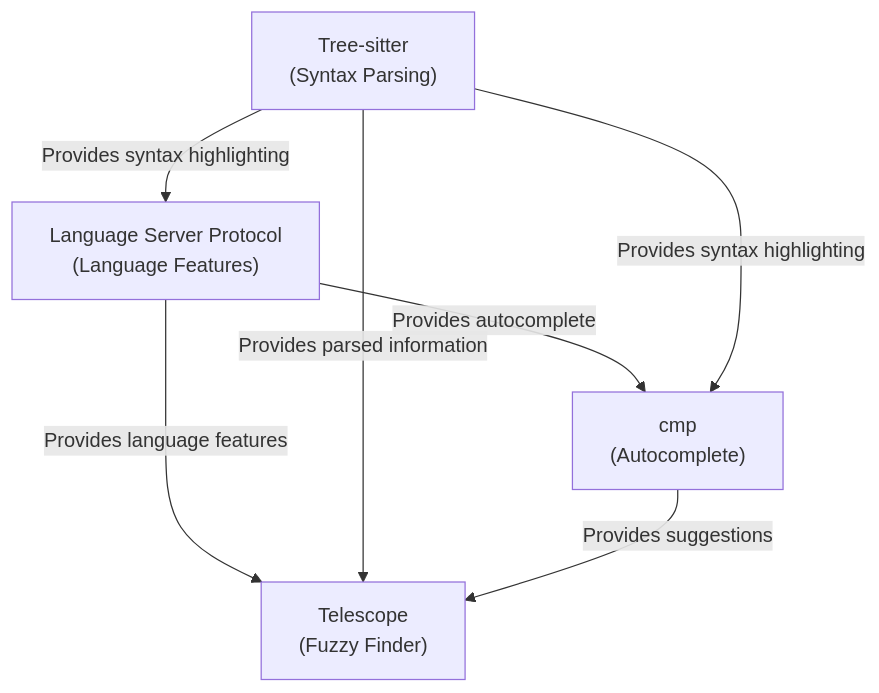
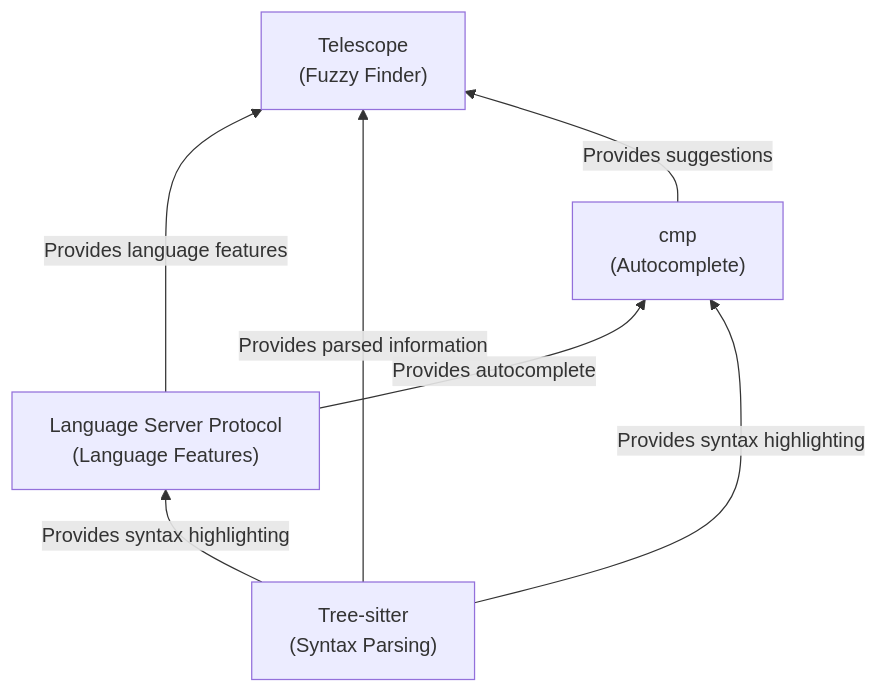
The diagram in _td/nvim.md (idvorkin/idvorkin.github.io), drawn with Mermaid before and after one commit.

Commit message:
Make graph bottom to top

````diff
--- a/_td/nvim.md
+++ b/_td/nvim.md
@@ -20,14 +20,14 @@
 ```mermaid
-graph TD;
+graph BT;
   lsp["Language Server Protocol<br>(Language Features)"]
   cmp["cmp<br>(Autocomplete)"]
   telescope["Telescope<br>(Fuzzy Finder)"]
   treesitter["Tree-sitter<br>(Syntax Parsing)"]
 
   lsp -- "Provides autocomplete" --> cmp
   lsp -- "Provides language features" --> telescope
   treesitter -- "Provides syntax highlighting" --> lsp
   treesitter -- "Provides syntax highlighting" --> cmp
   treesitter -- "Provides parsed information" --> telescope
   cmp -- "Provides suggestions" --> telescope
 ```
````
